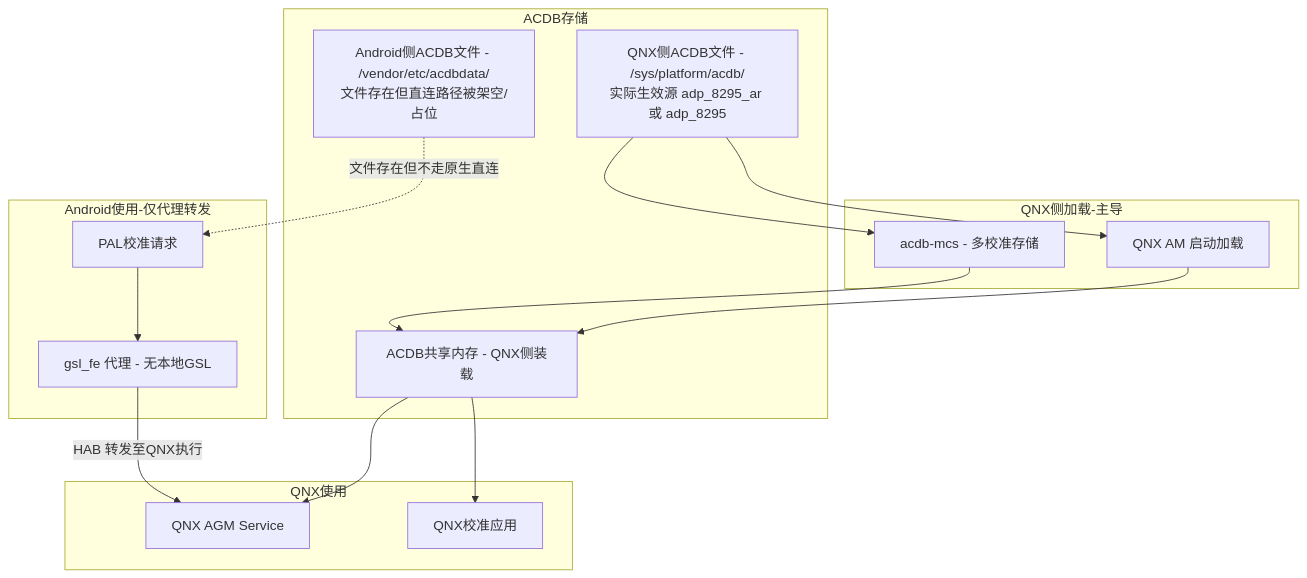
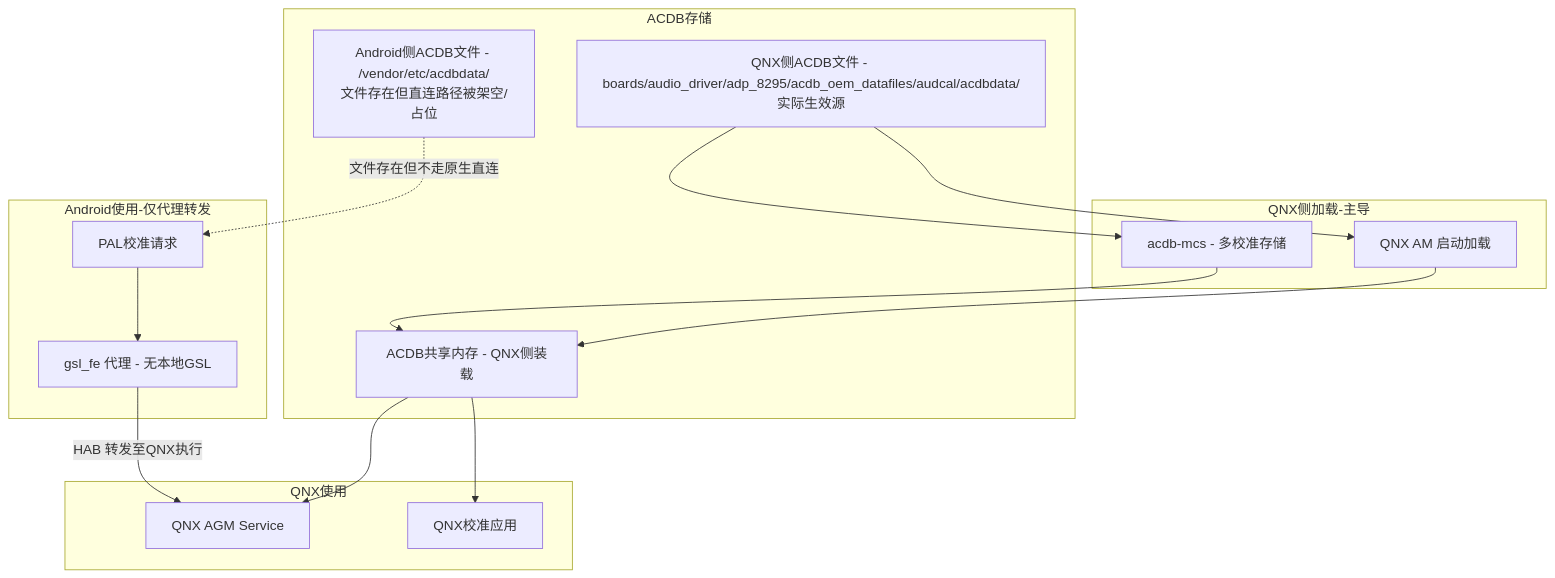
Before and after one commit to yanglinzhen1022/SA8295_AAOS_QNX_Audio_KnowledgeBase: the fourth of 5 diagrams in 16_Vendor_QNX_Architecture/16_16.1_概述.md, drawn with Mermaid. The commit also changed other lines of this file and 48 other files, not shown here.

````diff
--- a/16_Vendor_QNX_Architecture/16_16.1_概述.md
+++ b/16_Vendor_QNX_Architecture/16_16.1_概述.md
@@ -372,34 +375,34 @@
 ```mermaid
 graph TB
     subgraph ACDB_Storage[ACDB存储]
-        ACDB_QNX[QNX侧ACDB文件 - /sys/platform/acdb/<br/>实际生效源 adp_8295_ar 或 adp_8295]
+        ACDB_QNX[QNX侧ACDB文件 - boards/audio_driver/adp_8295/acdb_oem_datafiles/audcal/acdbdata/<br/>实际生效源]
         ACDB_AND[Android侧ACDB文件 - /vendor/etc/acdbdata/<br/>文件存在但直连路径被架空/占位]
         ACDB_SHM[ACDB共享内存 - QNX侧装载]
     end
 
     subgraph QNX_Loading[QNX侧加载-主导]
         ACDB_LOADER[QNX AM 启动加载]
         ACDB_MCS[acdb-mcs - 多校准存储]
     end
 
     subgraph QNX_Usage[QNX使用]
         QNX_AGM[QNX AGM Service]
         QNX_CAL[QNX校准应用]
     end
 
     subgraph Android_Usage[Android使用-仅代理转发]
         PAL_CAL[PAL校准请求]
         GSL_FE_CAL[gsl_fe 代理 - 无本地GSL]
     end
 
     ACDB_QNX --> ACDB_LOADER
     ACDB_QNX --> ACDB_MCS
     ACDB_LOADER --> ACDB_SHM
     ACDB_MCS --> ACDB_SHM
 
     ACDB_SHM --> QNX_AGM
     ACDB_SHM --> QNX_CAL
     ACDB_AND -.文件存在但不走原生直连.-> PAL_CAL
     PAL_CAL --> GSL_FE_CAL
     GSL_FE_CAL -->|HAB 转发至QNX执行| QNX_AGM
 ```
````
